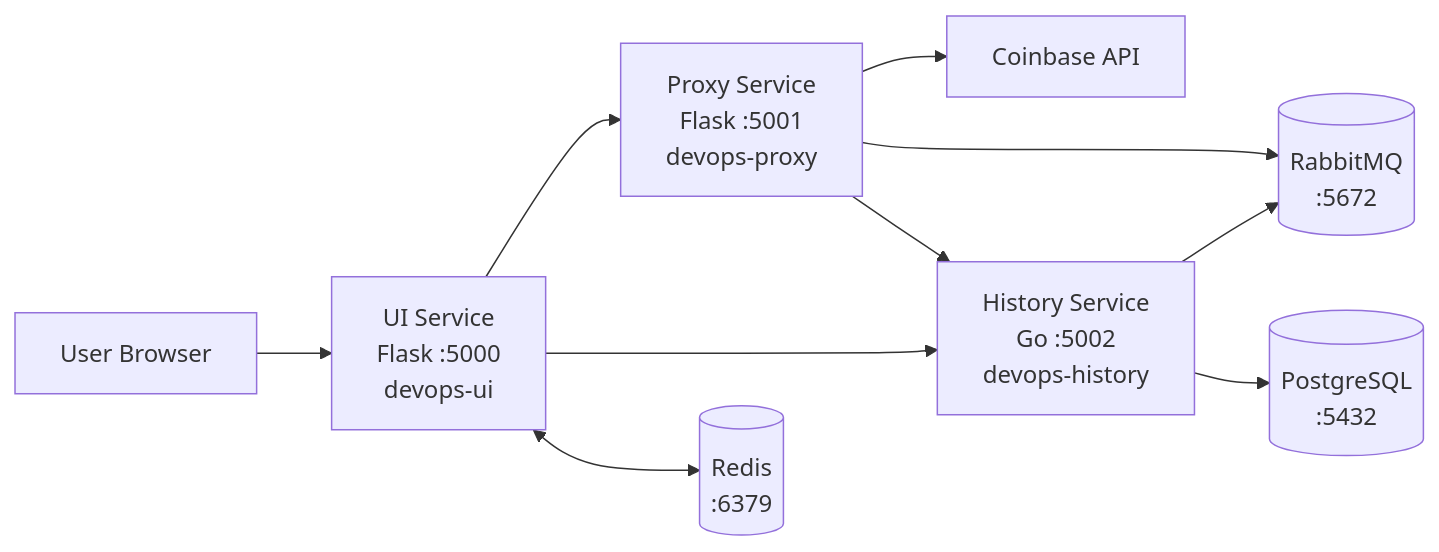
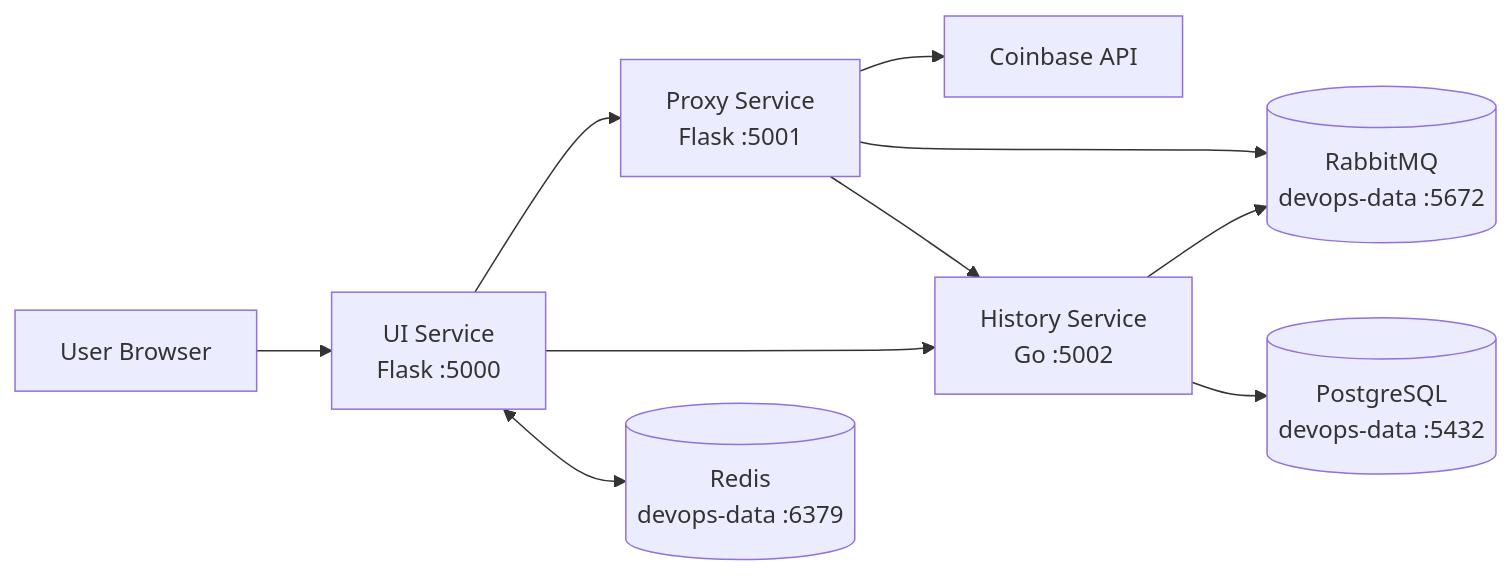
Before and after one commit to ua-academy-projects/coin-ops: the diagram in README.md, drawn with Mermaid. The commit also changed other lines of this file and 24 other files, not shown here.

````diff
--- a/README.md
+++ b/README.md
@@ -23,21 +15,21 @@
 ```mermaid
 flowchart LR
     User[User Browser]
-    UI[UI Service<br/>Flask :5000<br/>devops-ui]
-    Proxy[Proxy Service<br/>Flask :5001<br/>devops-proxy]
-    History[History Service<br/>Go :5002<br/>devops-history]
-    Redis[(Redis<br/>:6379)]
-    Rabbit[(RabbitMQ<br/>:5672)]
-    Postgres[(PostgreSQL<br/>:5432)]
+    UI[UI Service<br/>Flask :5000]
+    Proxy[Proxy Service<br/>Flask :5001]
+    History[History Service<br/>Go :5002]
+    Redis[(Redis<br/>devops-data :6379)]
+    Rabbit[(RabbitMQ<br/>devops-data :5672)]
+    Postgres[(PostgreSQL<br/>devops-data :5432)]
     Coinbase[Coinbase API]
 
     User --> UI
     UI --> Proxy
     UI --> History
     UI <--> Redis
     Proxy --> Coinbase
     Proxy --> Rabbit
     Proxy --> History
     History --> Rabbit
     History --> Postgres
 ```
````
